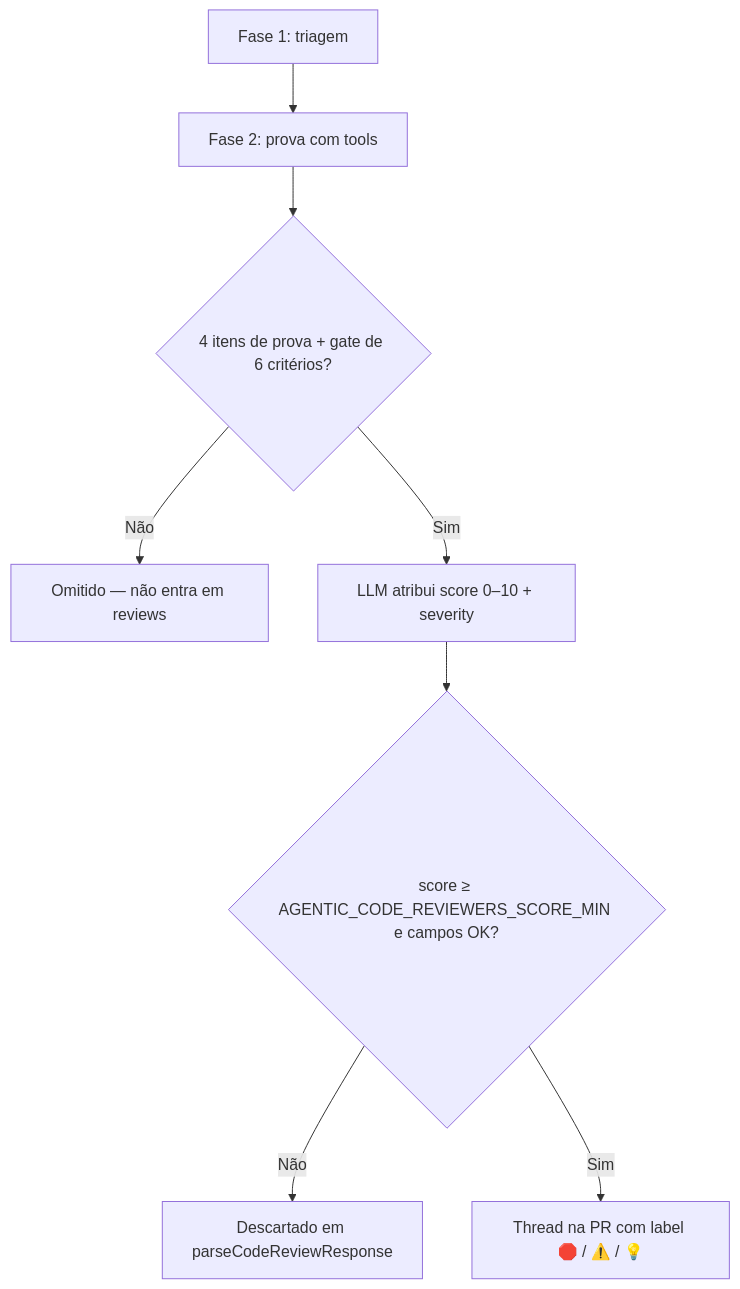
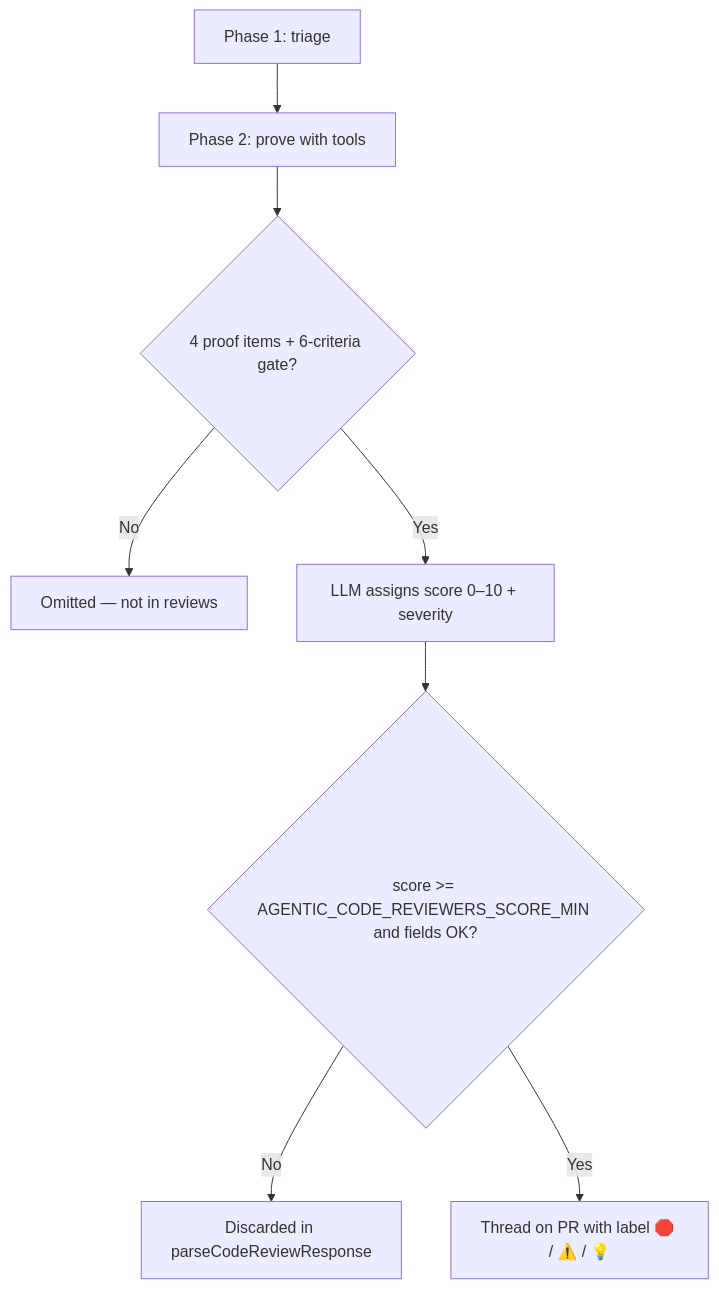
The diagram in docs/score_calc.md (jpolvora/agentic-code-reviewers), drawn with Mermaid before and after one commit. The commit also changed other lines of this file and 18 other files, not shown here.

````diff
--- a/docs/score_calc.md
+++ b/docs/score_calc.md
@@ -16,10 +18,10 @@
 ```mermaid
 flowchart TD
-    A[Fase 1: triagem] --> B[Fase 2: prova com tools]
-    B --> C{4 itens de prova + gate de 6 critérios?}
-    C -->|Não| D[Omitido — não entra em reviews]
-    C -->|Sim| E[LLM atribui score 0–10 + severity]
-    E --> F{score ≥ AGENTIC_CODE_REVIEWERS_SCORE_MIN e campos OK?}
-    F -->|Não| G[Descartado em parseCodeReviewResponse]
-    F -->|Sim| H[Thread na PR com label 🛑 / ⚠️ / 💡]
+    A[Phase 1: triage] --> B[Phase 2: prove with tools]
+    B --> C{4 proof items + 6-criteria gate?}
+    C -->|No| D[Omitted — not in reviews]
+    C -->|Yes| E[LLM assigns score 0–10 + severity]
+    E --> F{score >= AGENTIC_CODE_REVIEWERS_SCORE_MIN and fields OK?}
+    F -->|No| G[Discarded in parseCodeReviewResponse]
+    F -->|Yes| H[Thread on PR with label 🛑 / ⚠️ / 💡]
 ```
````
